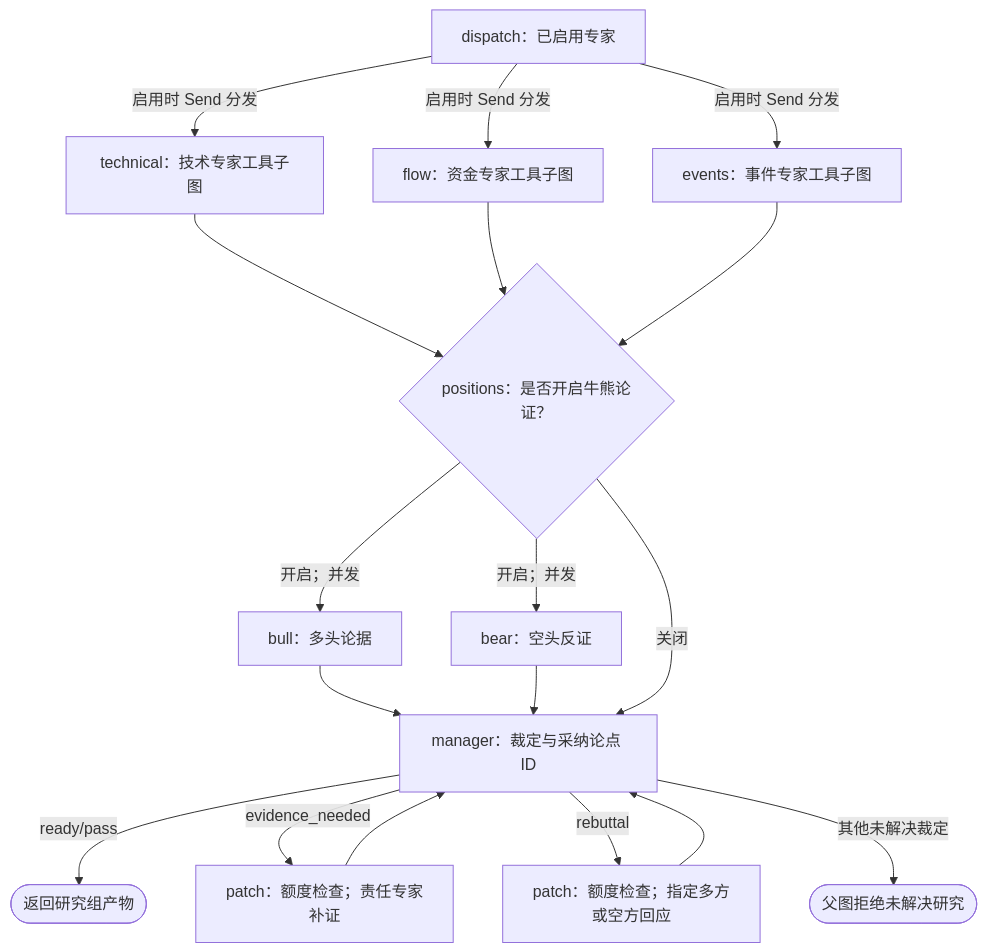
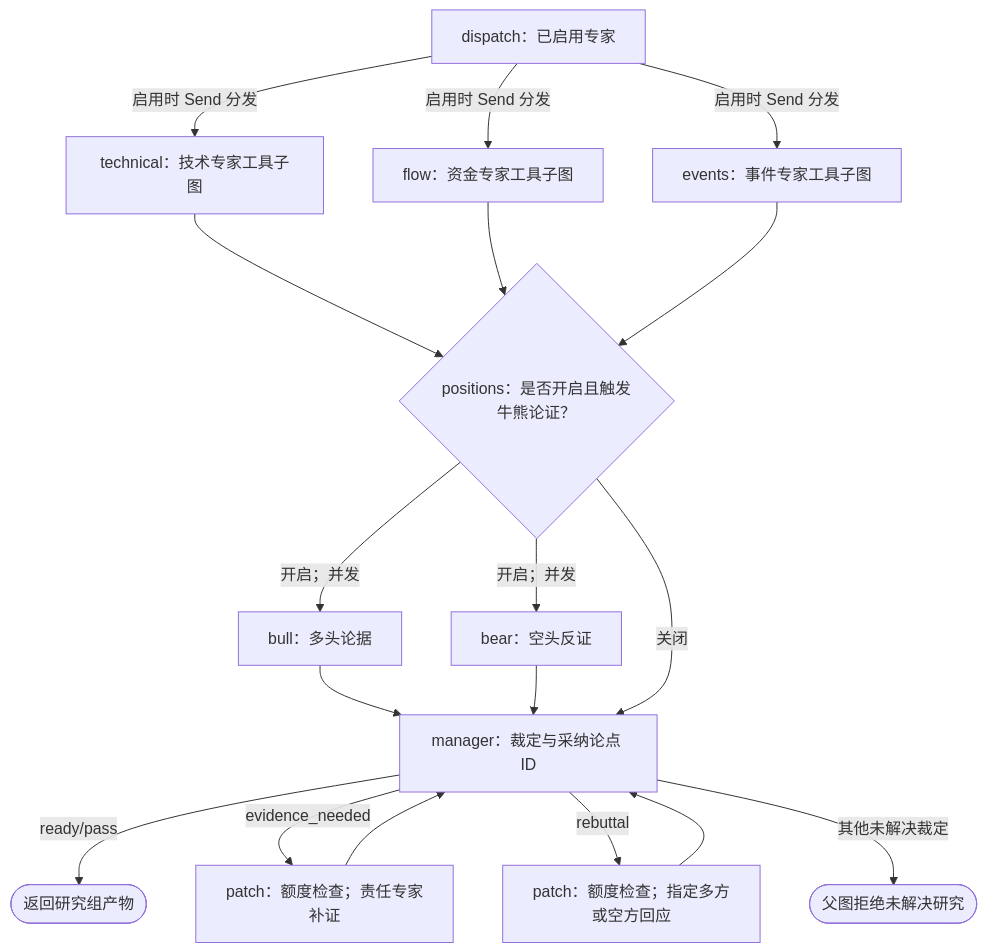
The third of 5 diagrams in packages/pan-investment-research/README.zh-CN.md (TNT-Likely/PanWatch), drawn with Mermaid before and after one commit. The commit also changed other lines of this file and 31 other files, not shown here.

Commit message:
feat(research): add configurable session graphs and fast intraday research

````diff
--- a/packages/pan-investment-research/README.zh-CN.md
+++ b/packages/pan-investment-research/README.zh-CN.md
@@ -110,22 +117,22 @@
 ```mermaid
 flowchart TD
     DISPATCH["dispatch：已启用专家"]
     DISPATCH -->|"启用时 Send 分发"| TECH["technical：技术专家工具子图"]
     DISPATCH -->|"启用时 Send 分发"| FLOW["flow：资金专家工具子图"]
     DISPATCH -->|"启用时 Send 分发"| EVENT["events：事件专家工具子图"]
     TECH --> POSITIONS
     FLOW --> POSITIONS
     EVENT --> POSITIONS
-    POSITIONS{"positions：是否开启牛熊论证？"}
+    POSITIONS{"positions：是否开启且触发牛熊论证？"}
     POSITIONS -->|"开启；并发"| BULL["bull：多头论据"]
     POSITIONS -->|"开启；并发"| BEAR["bear：空头反证"]
     BULL --> MANAGER["manager：裁定与采纳论点 ID"]
     BEAR --> MANAGER
     POSITIONS -->|"关闭"| MANAGER
     MANAGER -->|"ready/pass"| DONE(["返回研究组产物"])
     MANAGER -->|"evidence_needed"| PATCH["patch：额度检查；责任专家补证"]
     PATCH --> MANAGER
     MANAGER -->|"rebuttal"| RESPONSE["patch：额度检查；指定多方或空方回应"]
     RESPONSE --> MANAGER
     MANAGER -->|"其他未解决裁定"| UNRESOLVED(["父图拒绝未解决研究"])
 ```
````
